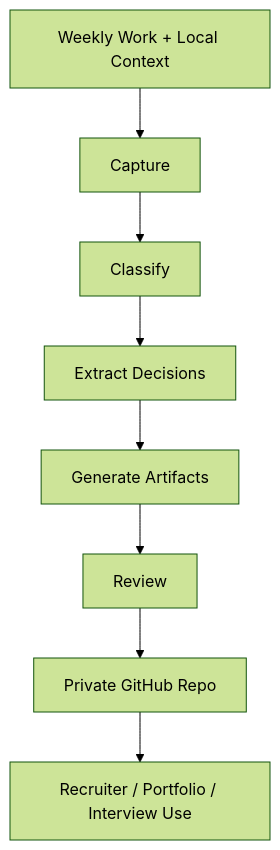
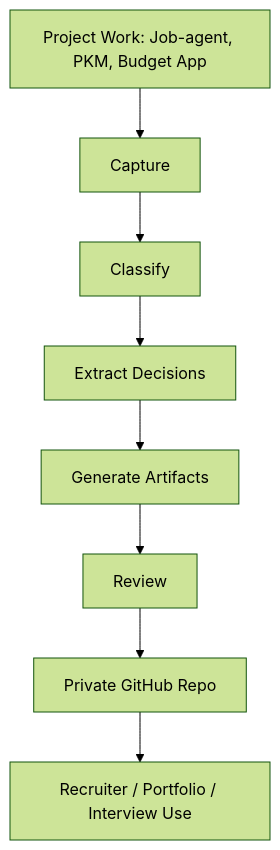
One commit to marcus-uden-dev/ai-native-proof-of-work changed the diagram in PORTFOLIO_CASE_STUDY.md. Above: the diagram before and after it, drawn with Mermaid (forest theme). The commit also changed other lines of this file and 28 other files, not shown here.

Commit message:
Reposition proof-of-work around project evidence

````diff
--- a/PORTFOLIO_CASE_STUDY.md
+++ b/PORTFOLIO_CASE_STUDY.md
@@ -41,10 +49,10 @@
 ```mermaid
 flowchart TD
-    A[Weekly Work + Local Context] --> B[Capture]
+    A[Project Work: Job-agent, PKM, Budget App] --> B[Capture]
     B --> C[Classify]
     C --> D[Extract Decisions]
     D --> E[Generate Artifacts]
     E --> F[Review]
     F --> G[Private GitHub Repo]
     G --> H[Recruiter / Portfolio / Interview Use]
 ```
````
